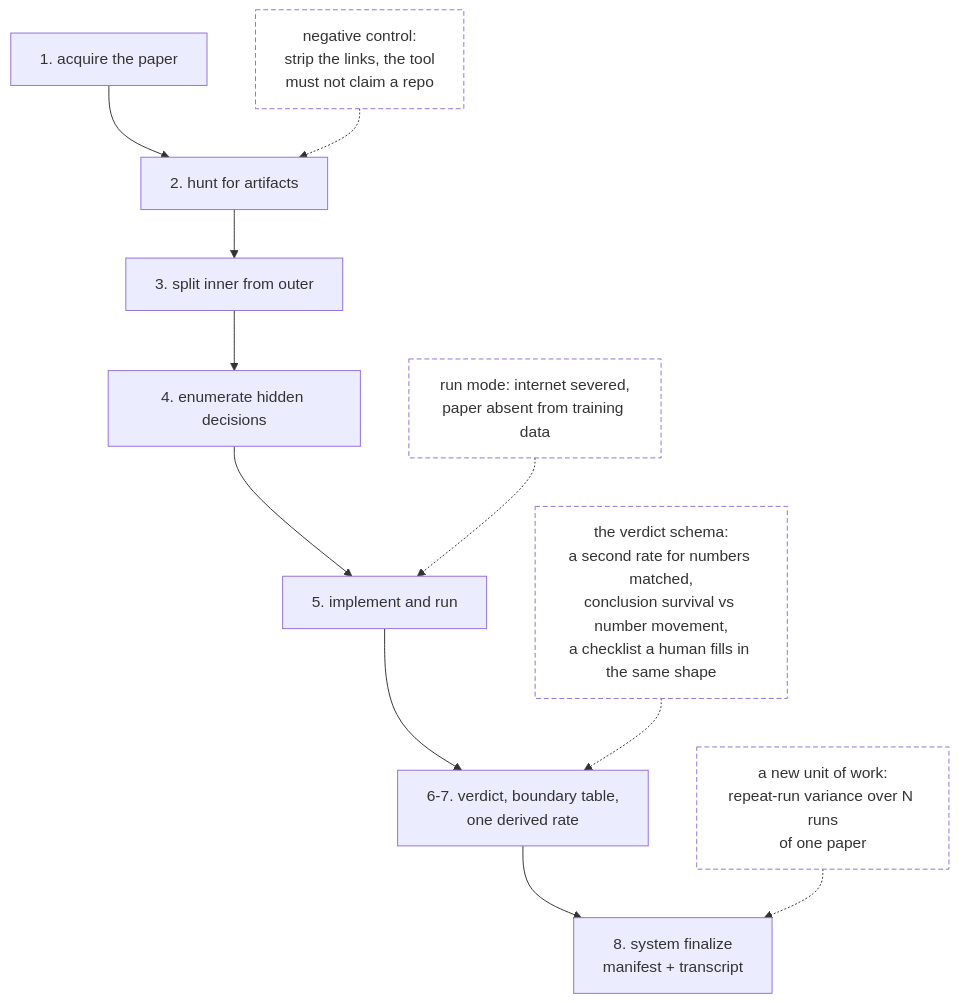
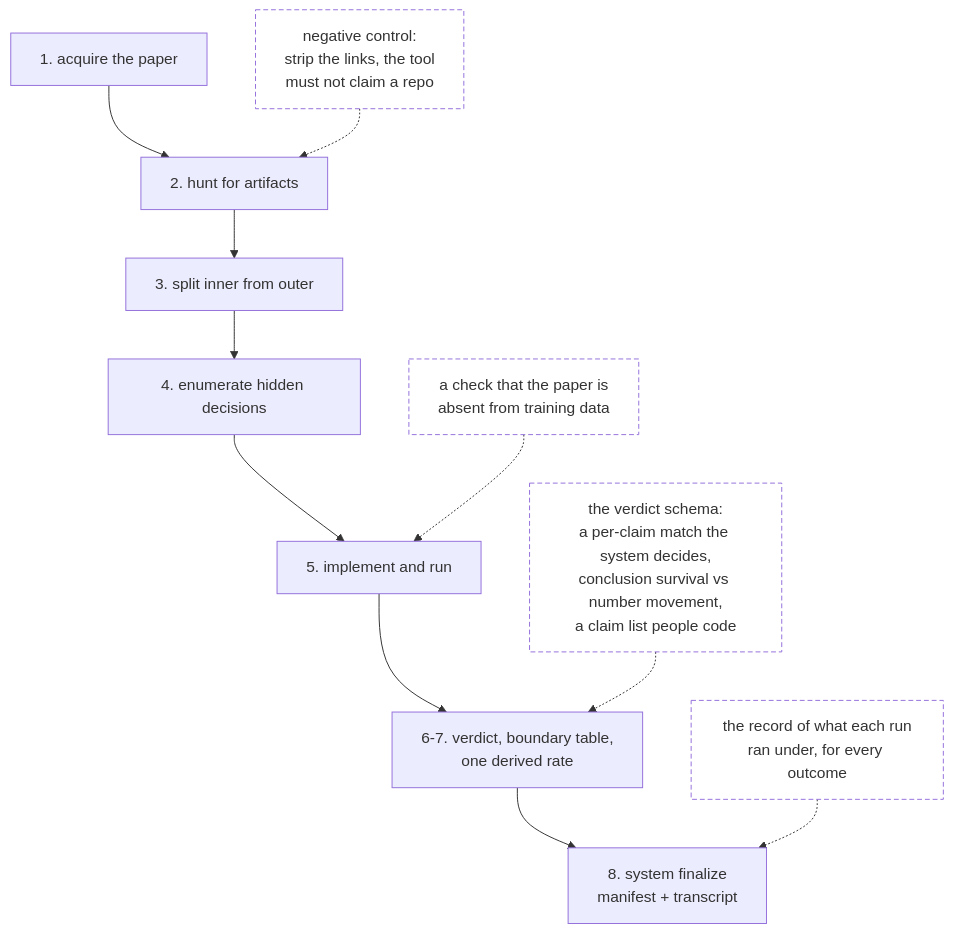
The fifth of 10 diagrams in docs/consultations.md (latere-ai/replichai), drawn with Mermaid before and after one commit. The commit also changed other lines of this file, not shown here.

Commit message:
docs: consultations drops the superseded paper plan and records what the pilot showed and where each step stands

````diff
--- a/docs/consultations.md
+++ b/docs/consultations.md
@@ -185,15 +194,15 @@
 ```mermaid
 flowchart TB
     S1["1. acquire the paper"] --> S2["2. hunt for artifacts"]
     S2 --> S3["3. split inner from outer"]
     S3 --> S4["4. enumerate hidden decisions"]
     S4 --> S5["5. implement and run"]
     S5 --> S6["6-7. verdict, boundary table,<br/>one derived rate"]
     S6 --> S8["8. system finalize<br/>manifest + transcript"]
     N1["negative control:<br/>strip the links, the tool<br/>must not claim a repo"] -.-> S2
-    N2["run mode: internet severed,<br/>paper absent from training data"] -.-> S5
-    N3["the verdict schema:<br/>a second rate for numbers matched,<br/>conclusion survival vs number movement,<br/>a checklist a human fills in the same shape"] -.-> S6
-    N5["a new unit of work:<br/>repeat-run variance over N runs<br/>of one paper"] -.-> S8
+    N2["a check that the paper is<br/>absent from training data"] -.-> S5
+    N3["the verdict schema:<br/>a per-claim match the system decides,<br/>conclusion survival vs number movement,<br/>a claim list people code"] -.-> S6
+    N5["the record of what each run<br/>ran under, for every outcome"] -.-> S8
     classDef gap fill:#fff,stroke-dasharray: 5 3
     class N1,N2,N3,N5 gap
 ```
````
